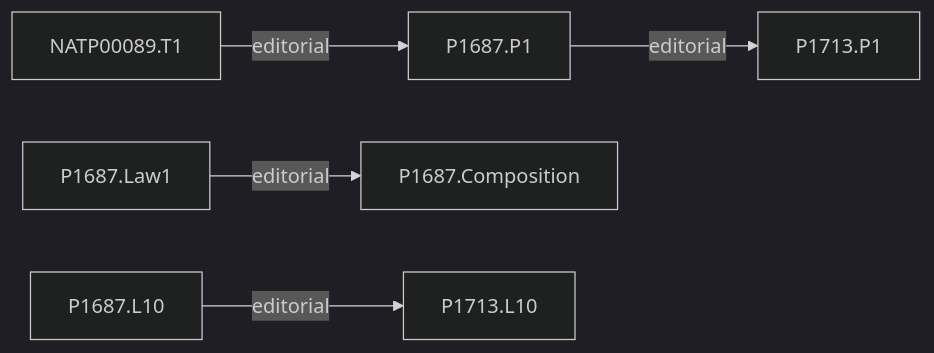
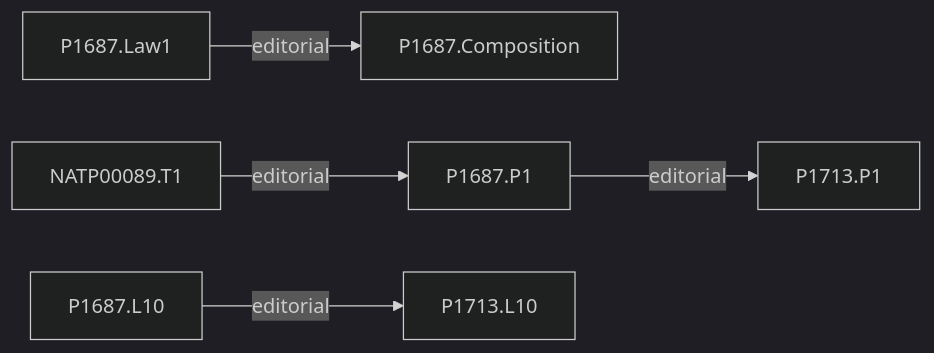
The fifth of 7 diagrams in research/figures.md (arivero/newtonlean), drawn with Mermaid (dark theme) before and after one commit. The commit also changed other lines of this file and 6 other files, not shown here.

````diff
--- a/research/figures.md
+++ b/research/figures.md
@@ -150,7 +150,7 @@
 ```mermaid
 flowchart LR
+  P1687_Law1["P1687.Law1"] -->|editorial| P1687_Composition["P1687.Composition"]
   NATP00089_T1["NATP00089.T1"] -->|editorial| P1687_P1["P1687.P1"]
   P1687_P1["P1687.P1"] -->|editorial| P1713_P1["P1713.P1"]
-  P1687_Law1["P1687.Law1"] -->|editorial| P1687_Composition["P1687.Composition"]
   P1687_L10["P1687.L10"] -->|editorial| P1713_L10["P1713.L10"]
 ```
````
